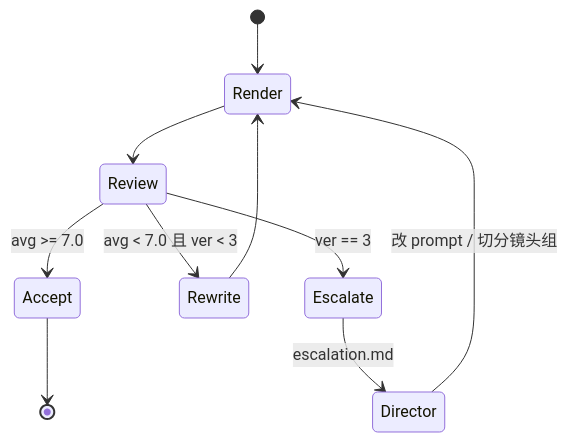
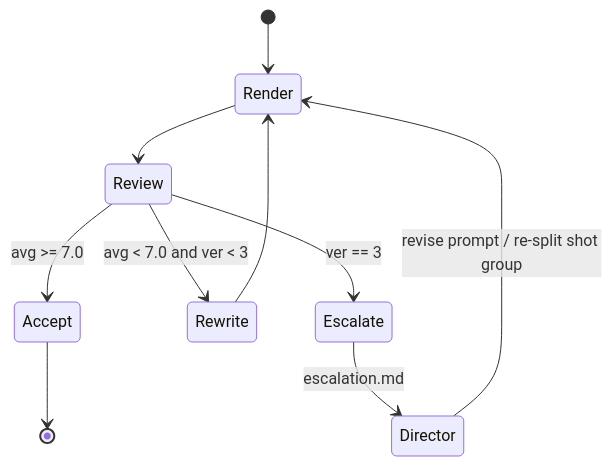
One commit to JohnKeating1997/spark-video changed the fourth of 6 diagrams in docs/architecture.md. Above: the diagram before and after it, drawn with Mermaid. The commit also changed other lines of this file and 32 other files, not shown here.

````diff
--- a/docs/architecture.md
+++ b/docs/architecture.md
@@ -340,12 +340,12 @@
 ```mermaid
 stateDiagram-v2
     [*] --> Render
     Render --> Review
     Review --> Accept: avg >= 7.0
-    Review --> Rewrite: avg < 7.0 且 ver < 3
+    Review --> Rewrite: avg < 7.0 and ver < 3
     Rewrite --> Render
     Review --> Escalate: ver == 3
     Escalate --> Director: escalation.md
-    Director --> Render: 改 prompt / 切分镜头组
+    Director --> Render: revise prompt / re-split shot group
     Accept --> [*]
 ```
````
